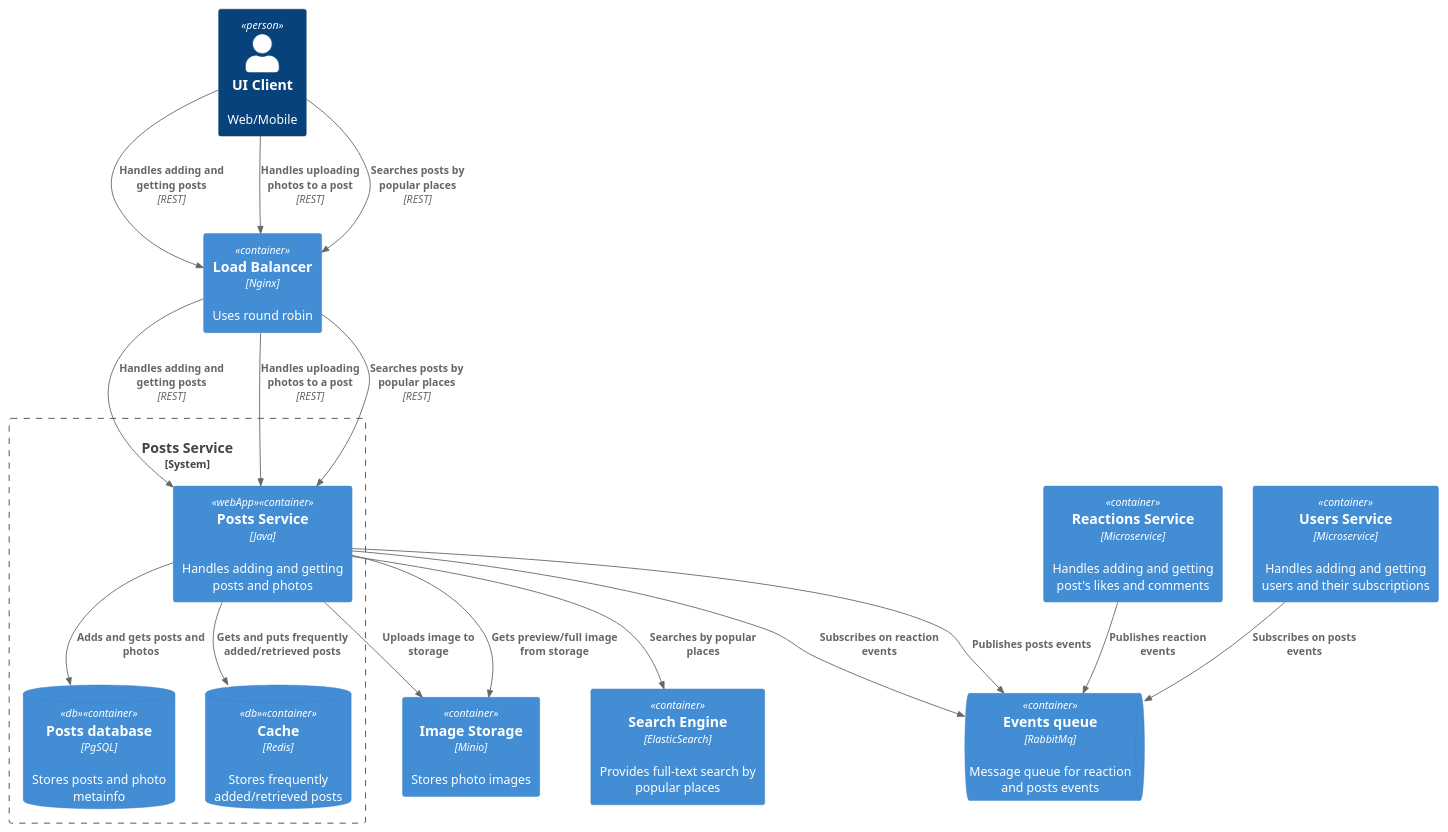
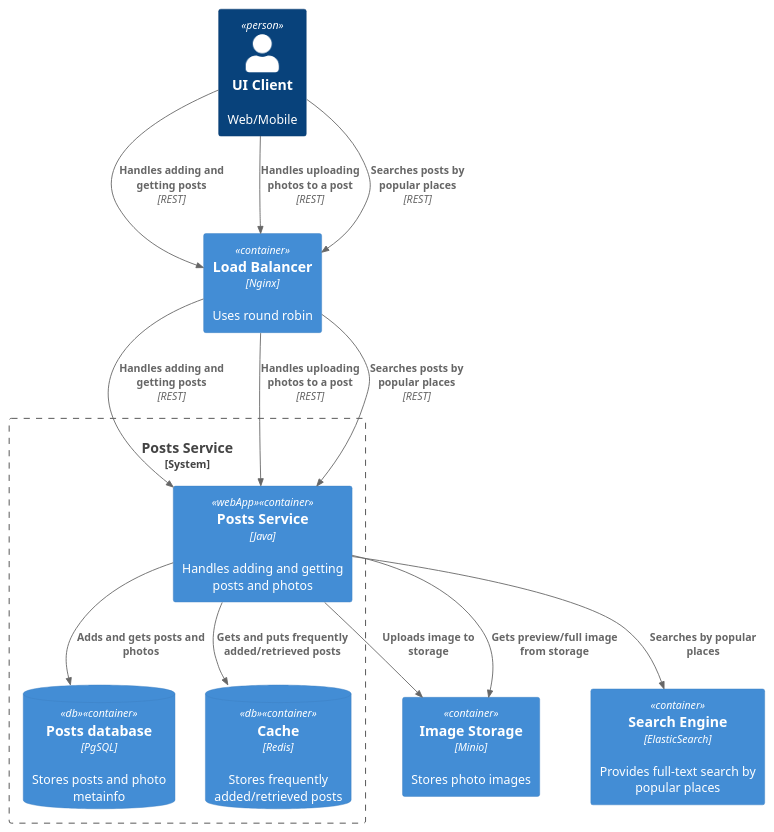
One commit to ebogomolnaya/social_network_system_design changed the diagram in architecture/containers/posts.puml. Above: the diagram before and after it, drawn with PlantUML. The commit also changed 5 other files, not shown here.

Commit message:
[SD-5] правки в схеме

```diff
--- a/architecture/containers/posts.puml
+++ b/architecture/containers/posts.puml
@@ -1,39 +1,30 @@
 @startuml
 !include https://raw.githubusercontent.com/plantuml-stdlib/C4-PlantUML/master/C4_Container.puml
 
 Person(client, "UI Client", "Web/Mobile")
 Container(loadBalancer, "Load Balancer", "Nginx", "Uses round robin")
-Container(reactionsService, "Reactions Service", "Microservice", "Handles adding and getting post's likes and comments")
-Container(usersService, "Users Service", "Microservice", "Handles adding and getting users and their subscriptions")
 Container(imageStorage, "Image Storage", "Minio", "Stores photo images")
 Container(searchEngine, "Search Engine", "ElasticSearch", "Provides full-text search by popular places")
-ContainerQueue(messageQueue, "Events queue", "RabbitMq", "Message queue for reaction and posts events")
 
 System_Boundary(postsSystem, "Posts Service") {
     Container(postsService, "Posts Service", "Java", "Handles adding and getting posts and photos", $tags="webApp")
     ContainerDb(postsDatabase, "Posts database", "PgSQL", "Stores posts and photo metainfo",  $tags="db")
     ContainerDb(postsCache, "Cache", "Redis", "Stores frequently added/retrieved posts",  $tags="db")
 }
 
 Rel(client, loadBalancer, "Handles adding and getting posts", "REST")
 Rel(loadBalancer, postsService, "Handles adding and getting posts", "REST")
 
 Rel(client, loadBalancer, "Handles uploading photos to a post", "REST")
 Rel(loadBalancer, postsService, "Handles uploading photos to a post", "REST")
 
 Rel(client, loadBalancer, "Searches posts by popular places", "REST")
 Rel(loadBalancer, postsService, "Searches posts by popular places", "REST")
 Rel(postsService, searchEngine, "Searches by popular places")
 
 Rel(postsService, postsDatabase, "Adds and gets posts and photos")
 Rel(postsService, postsCache, "Gets and puts frequently added/retrieved posts")
 
-Rel(reactionsService, messageQueue, "Publishes reaction events")
-Rel(postsService, messageQueue, "Subscribes on reaction events")
-
-Rel(postsService, messageQueue, "Publishes posts events")
-Rel(usersService, messageQueue, "Subscribes on posts events")
-
 Rel(postsService, imageStorage, "Uploads image to storage")
 Rel(postsService, imageStorage, "Gets preview/full image from storage")
 @enduml
```
